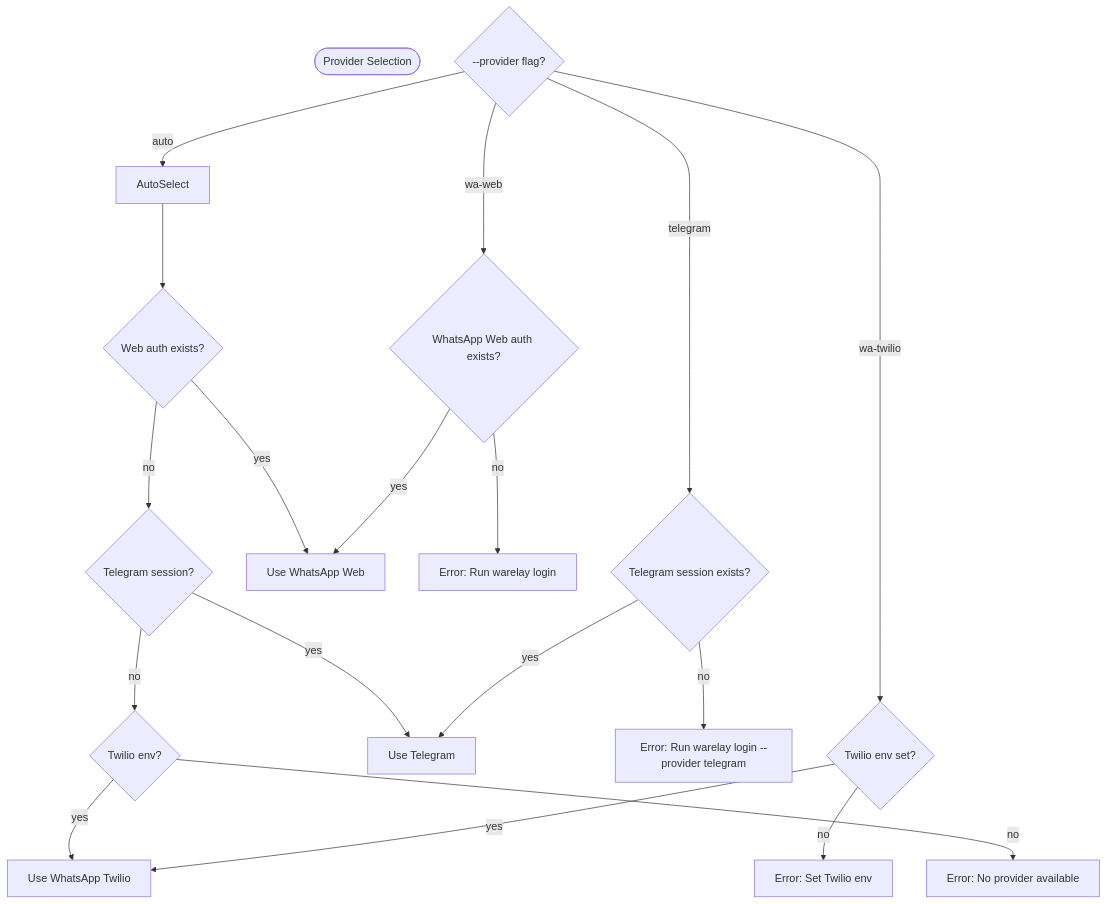
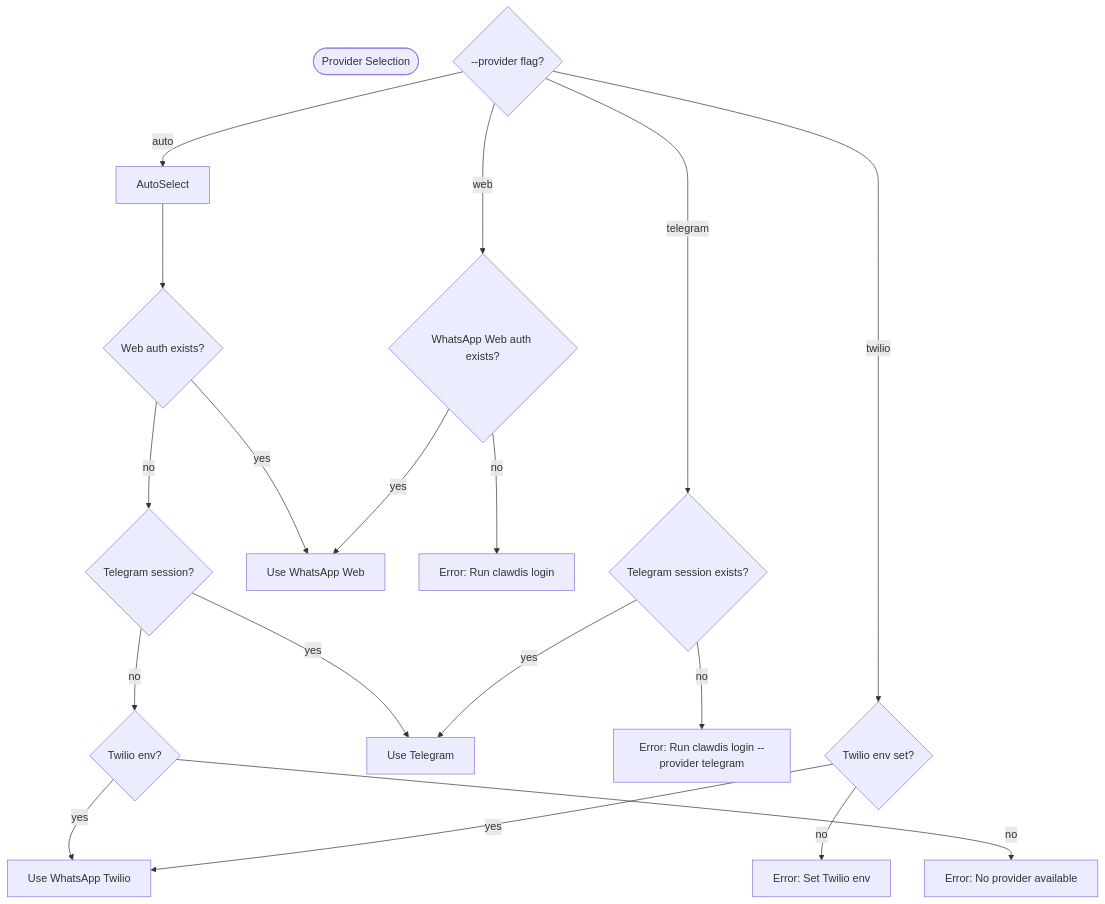
One commit to arnemoor/tmerelay changed diagram 14 of 15 in docs/architecture/telegram-integration.md. Above: the diagram before and after it, drawn with Mermaid. The commit also changed other lines of this file and 2 other files, not shown here.

First line of the commit message:
refactor: remove legacy wa-twilio and wa-web provider naming

````diff
--- a/docs/architecture/telegram-integration.md
+++ b/docs/architecture/telegram-integration.md
@@ -716,27 +703,27 @@
 ```mermaid
 flowchart TB
   Start([Provider Selection])
   Flag{--provider flag?}
 
   Flag -->|telegram| CheckTG{Telegram session exists?}
-  Flag -->|wa-twilio| CheckTwilio{Twilio env set?}
-  Flag -->|wa-web| CheckWeb{WhatsApp Web auth exists?}
+  Flag -->|twilio| CheckTwilio{Twilio env set?}
+  Flag -->|web| CheckWeb{WhatsApp Web auth exists?}
   Flag -->|auto| AutoSelect
 
   CheckTG -->|yes| UseTelegram[Use Telegram]
-  CheckTG -->|no| Error[Error: Run warelay login --provider telegram]
+  CheckTG -->|no| Error[Error: Run clawdis login --provider telegram]
 
   CheckTwilio -->|yes| UseTwilio[Use WhatsApp Twilio]
   CheckTwilio -->|no| Error2[Error: Set Twilio env]
 
   CheckWeb -->|yes| UseWeb[Use WhatsApp Web]
-  CheckWeb -->|no| Error3[Error: Run warelay login]
+  CheckWeb -->|no| Error3[Error: Run clawdis login]
 
   AutoSelect --> WebAuth{Web auth exists?}
   WebAuth -->|yes| UseWeb
   WebAuth -->|no| TelegramAuth{Telegram session?}
   TelegramAuth -->|yes| UseTelegram
   TelegramAuth -->|no| TwilioAuth{Twilio env?}
   TwilioAuth -->|yes| UseTwilio
   TwilioAuth -->|no| NoProvider[Error: No provider available]
 ```
````
